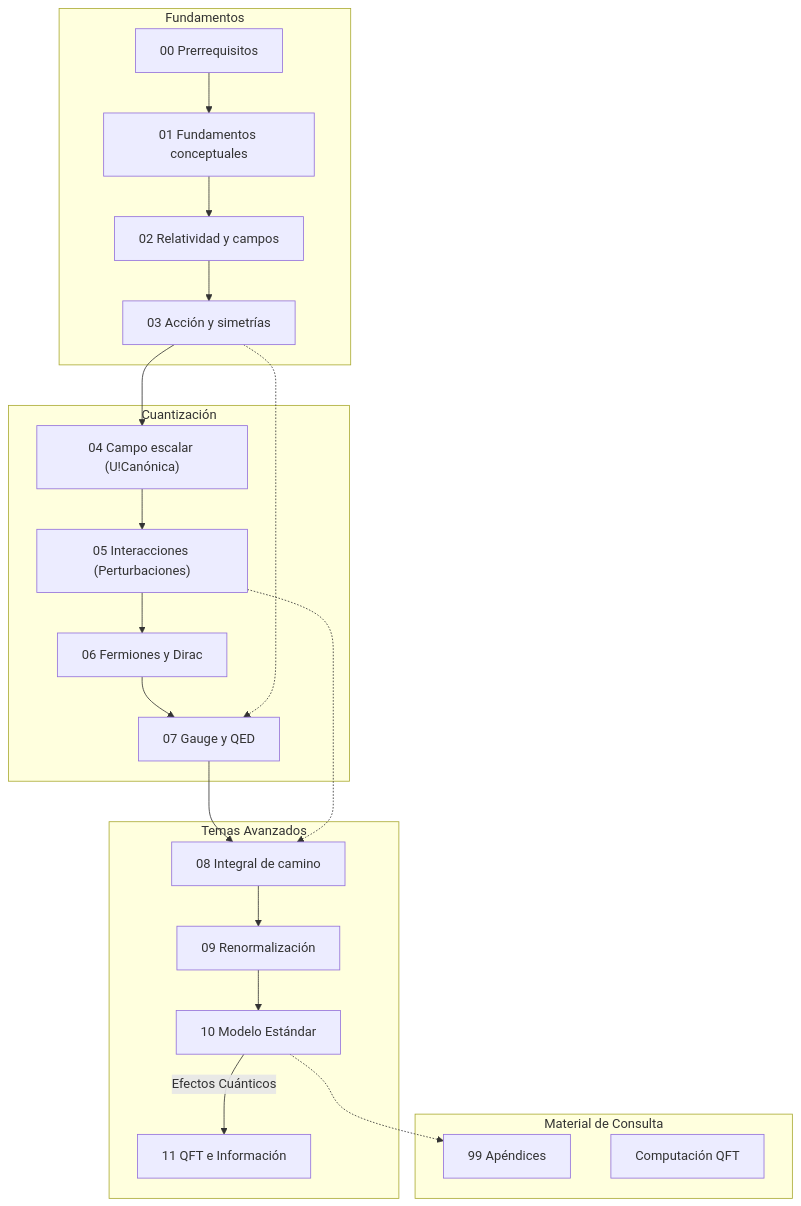
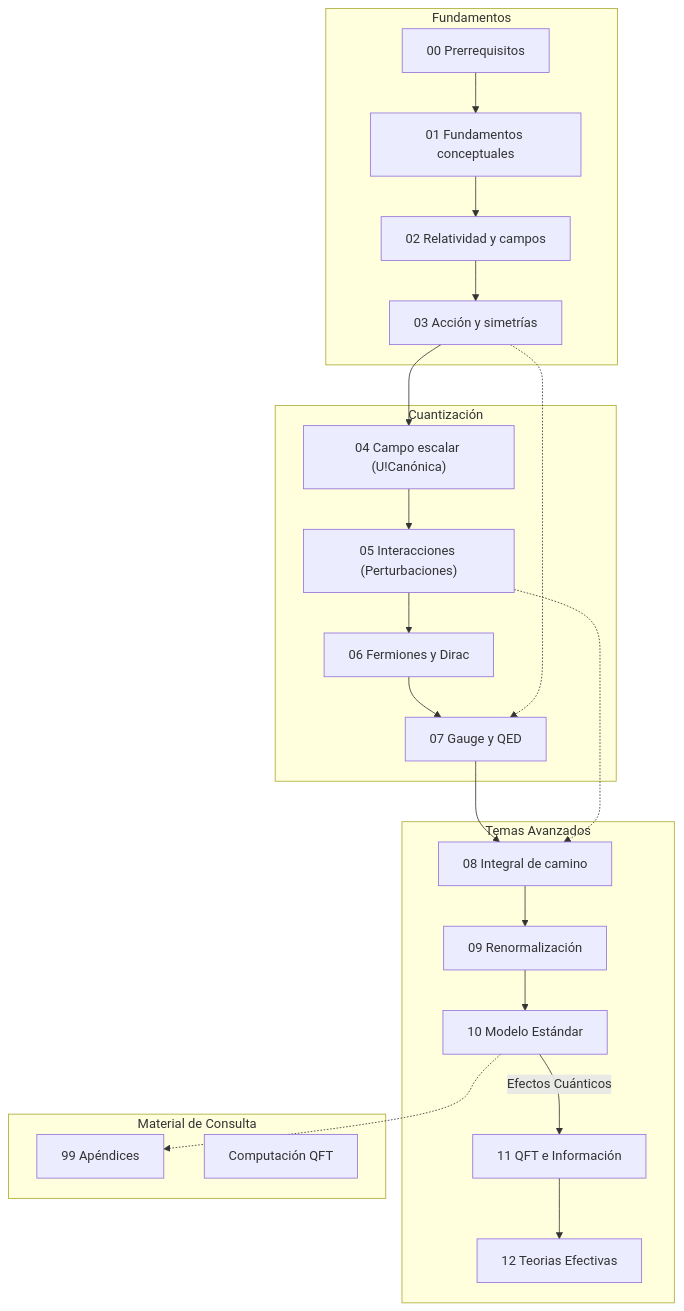
One commit to LegalIntermediaSL/QFT changed the first of 3 diagrams in Tutorial/README.md. Above: the diagram before and after it, drawn with Mermaid. The commit also changed other lines of this file and 35 other files, not shown here.

````diff
--- a/Tutorial/README.md
+++ b/Tutorial/README.md
@@ -12,31 +12,32 @@
 ```mermaid
 flowchart TD
     subgraph Fundamentos
         A["00 Prerrequisitos"] --> B["01 Fundamentos conceptuales"]
         B --> C["02 Relatividad y campos"]
         C --> D["03 Acción y simetrías"]
     end
 
     subgraph Cuantizacion ["Cuantización"]
         D --> E["04 Campo escalar (U!Canónica)"]
         E --> F["05 Interacciones (Perturbaciones)"]
         F --> G["06 Fermiones y Dirac"]
         G --> H["07 Gauge y QED"]
     end
 
     subgraph Avanzado ["Temas Avanzados"]
         H --> I["08 Integral de camino"]
         I --> J["09 Renormalización"]
         J --> K["10 Modelo Estándar"]
         K -- "Efectos Cuánticos" --> L["11 QFT e Información"]
+        L --> O["12 Teorias Efectivas"]
     end
 
     subgraph Apendices ["Material de Consulta"]
         M["99 Apéndices"]
         N["Computación QFT"]
     end
 
     D -.-> H
     F -.-> I
     K -.-> M
 ```
````
